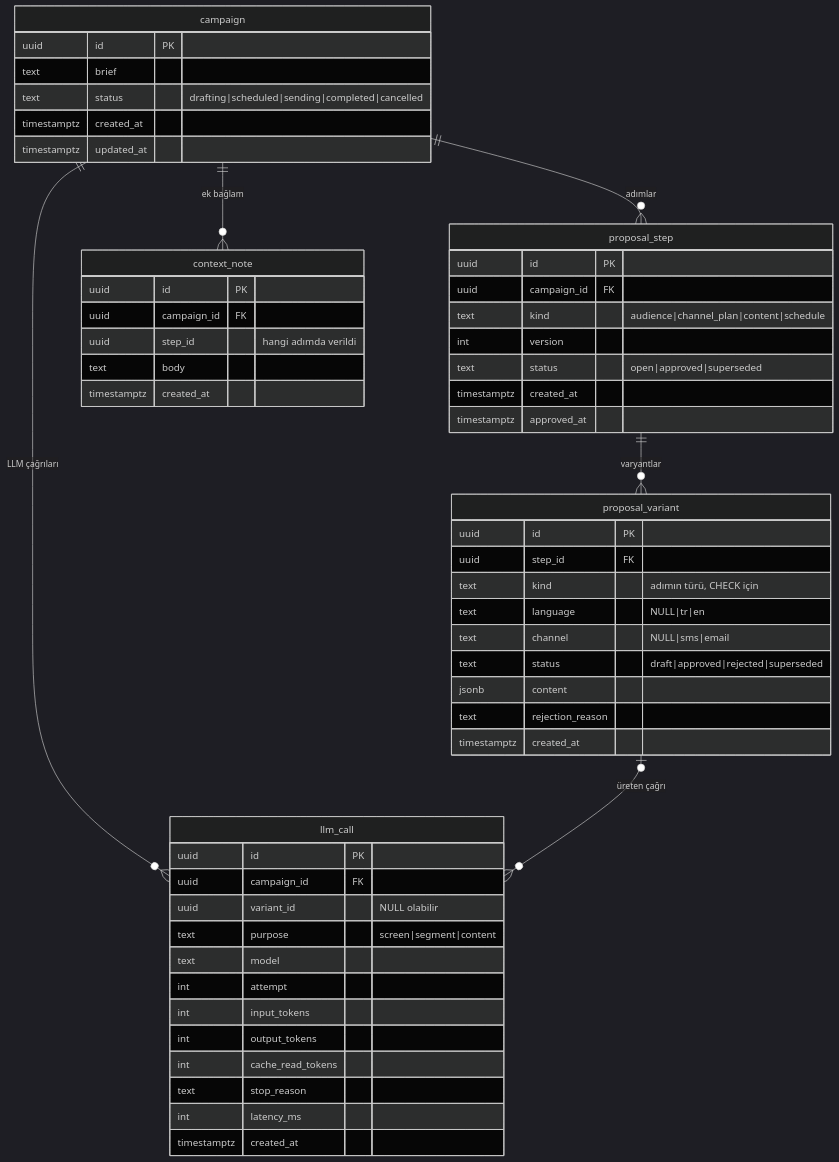
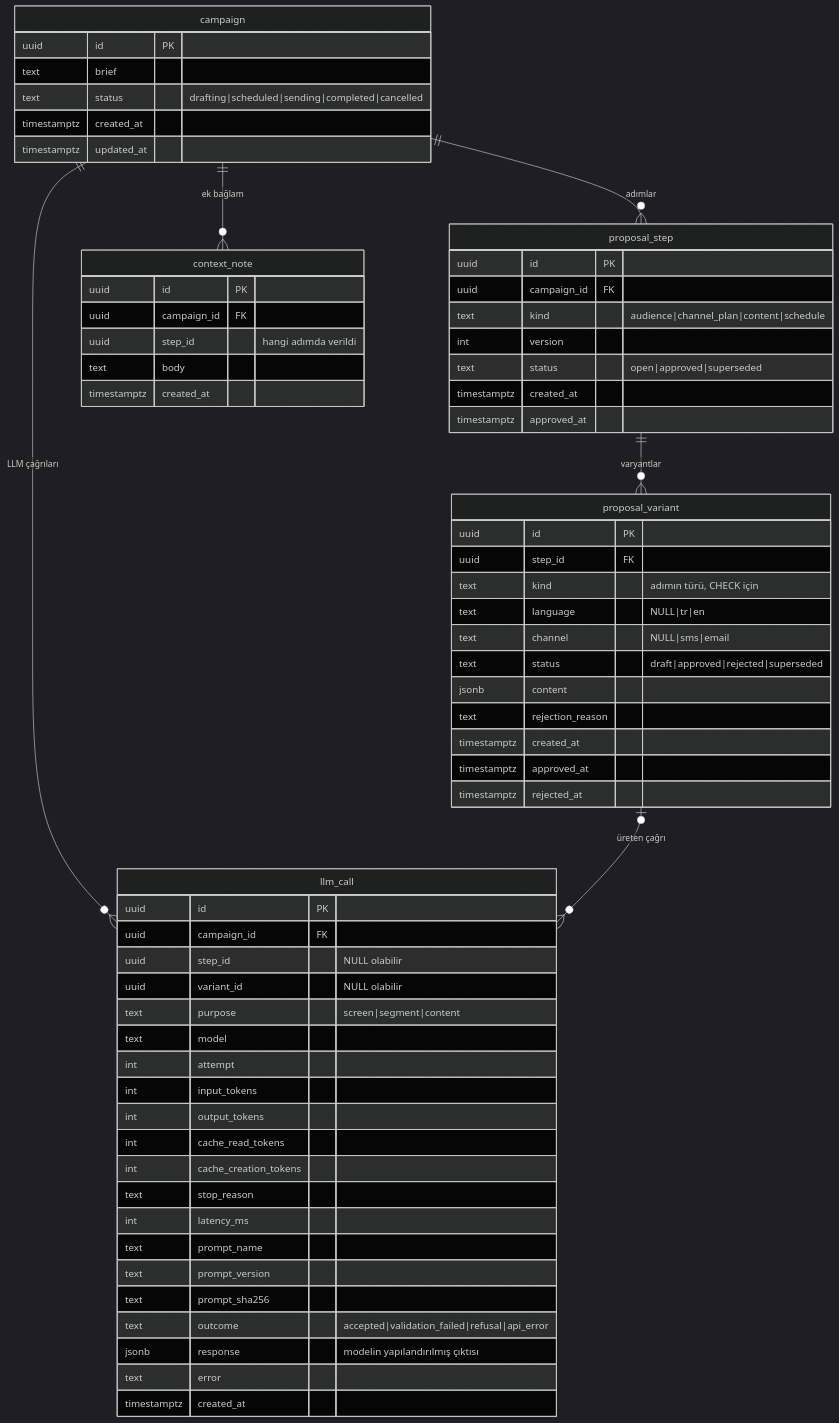
Before and after one commit to furknozg/coldbru: the second of 8 diagrams in docs/domain-model.md, drawn with Mermaid (dark theme). The commit also changed other lines of this file and 24 other files, not shown here.

````diff
--- a/docs/domain-model.md
+++ b/docs/domain-model.md
@@ -89,57 +89,67 @@
 ```mermaid
 erDiagram
     campaign ||--o{ proposal_step : "adımlar"
     proposal_step ||--o{ proposal_variant : "varyantlar"
     campaign ||--o{ context_note : "ek bağlam"
     campaign ||--o{ llm_call : "LLM çağrıları"
     proposal_variant |o--o{ llm_call : "üreten çağrı"
 
     campaign {
         uuid id PK
         text brief
         text status "drafting|scheduled|sending|completed|cancelled"
         timestamptz created_at
         timestamptz updated_at
     }
     proposal_step {
         uuid id PK
         uuid campaign_id FK
         text kind "audience|channel_plan|content|schedule"
         int version
         text status "open|approved|superseded"
         timestamptz created_at
         timestamptz approved_at
     }
     proposal_variant {
         uuid id PK
         uuid step_id FK
         text kind "adımın türü, CHECK için"
         text language "NULL|tr|en"
         text channel "NULL|sms|email"
         text status "draft|approved|rejected|superseded"
         jsonb content
         text rejection_reason
         timestamptz created_at
+        timestamptz approved_at
+        timestamptz rejected_at
     }
     context_note {
         uuid id PK
         uuid campaign_id FK
         uuid step_id "hangi adımda verildi"
         text body
         timestamptz created_at
     }
     llm_call {
         uuid id PK
         uuid campaign_id FK
+        uuid step_id "NULL olabilir"
         uuid variant_id "NULL olabilir"
         text purpose "screen|segment|content"
         text model
         int attempt
         int input_tokens
         int output_tokens
         int cache_read_tokens
+        int cache_creation_tokens
         text stop_reason
         int latency_ms
+        text prompt_name
+        text prompt_version
+        text prompt_sha256
+        text outcome "accepted|validation_failed|refusal|api_error"
+        jsonb response "modelin yapılandırılmış çıktısı"
+        text error
         timestamptz created_at
     }
 ```
````
